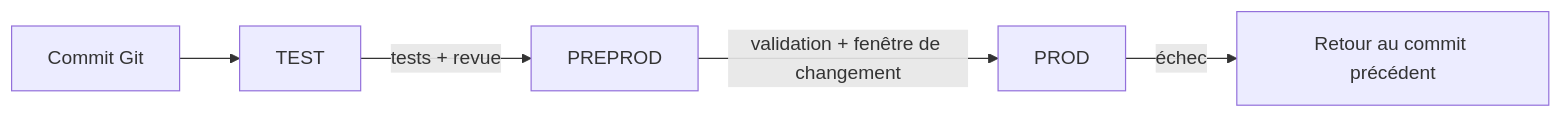
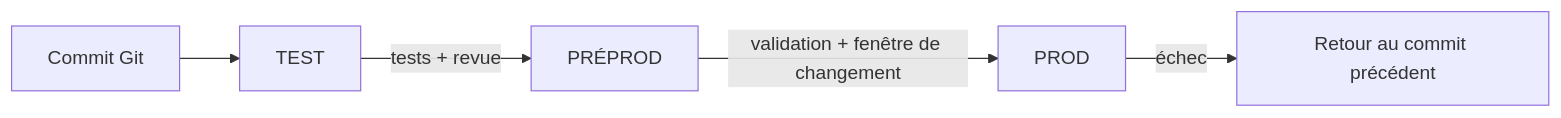
Before and after one commit to Gooseppr/GevOps_LC: the third of 3 diagrams in courses/reseaux-cybersecurite/13_securite_exploitation_reseau.md, drawn with Mermaid. The commit also changed 56 other files, not shown here.

````diff
--- a/courses/reseaux-cybersecurite/13_securite_exploitation_reseau.md
+++ b/courses/reseaux-cybersecurite/13_securite_exploitation_reseau.md
@@ -476,7 +476,7 @@
 ```mermaid
 flowchart LR
     A["Commit Git"] --> B["TEST"]
-    B -->|"tests + revue"| C["PREPROD"]
+    B -->|"tests + revue"| C["PRÉPROD"]
     C -->|"validation + fenêtre de changement"| D["PROD"]
     D -->|"échec"| E["Retour au commit précédent"]
 ```
````
